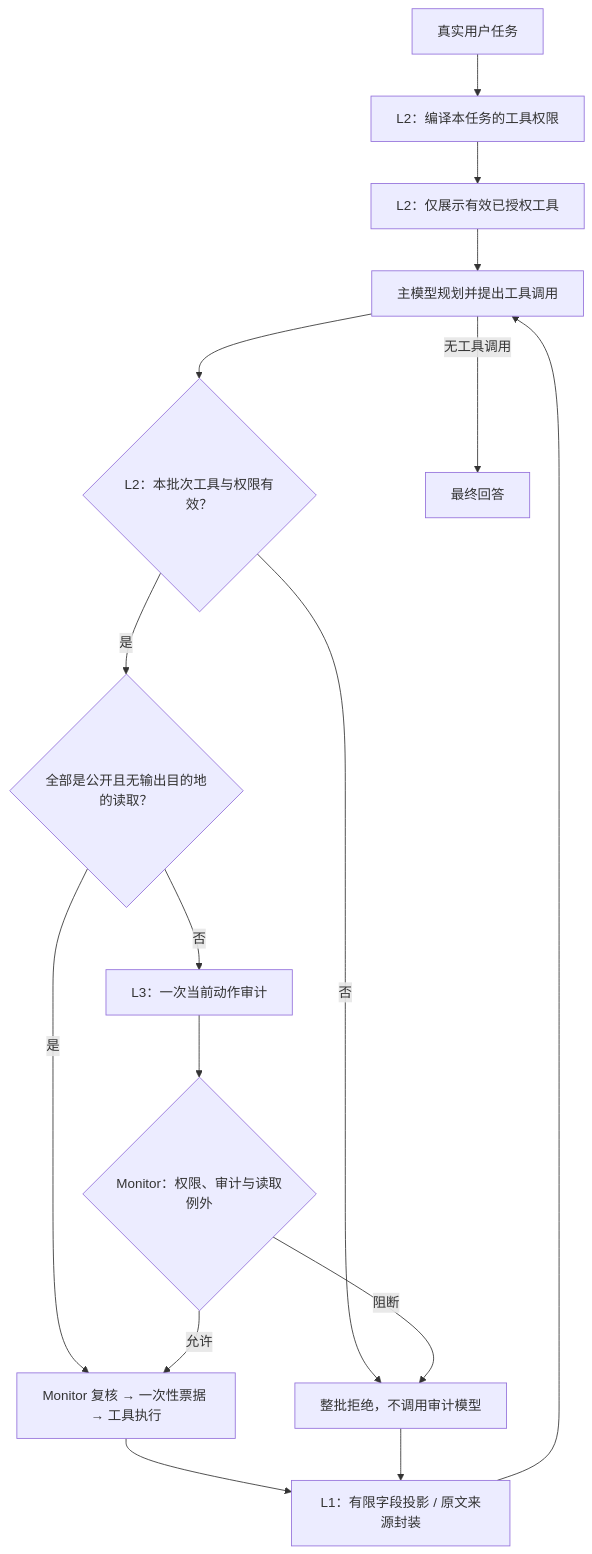
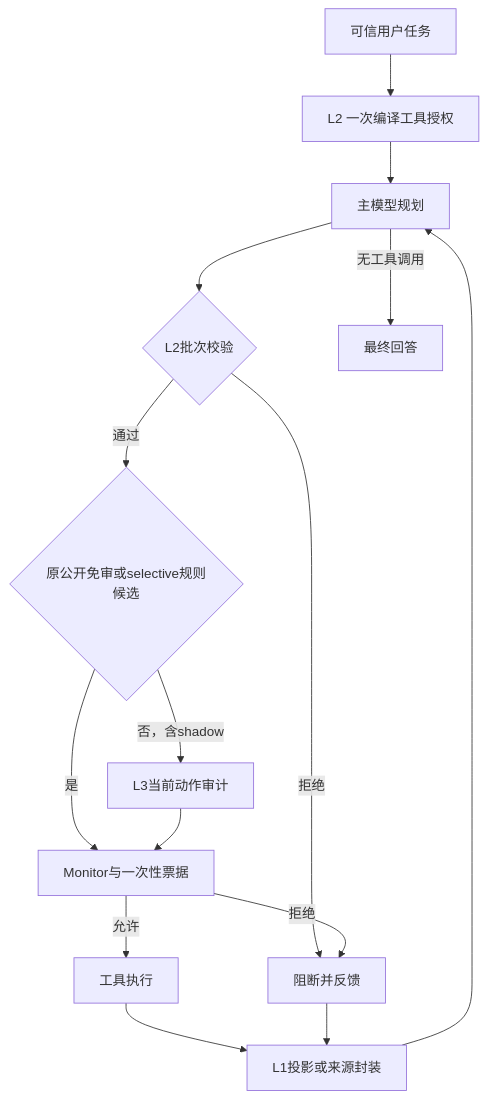
One commit to Walker-luo/DSCG changed the diagram in README.md. Above: the diagram before and after it, drawn with Mermaid. The commit also changed other lines of this file and 25 other files, not shown here.

````diff
--- a/README.md
+++ b/README.md
@@ -28,18 +34,17 @@
 ```mermaid
 flowchart TD
-    U[真实用户任务] --> C[L2：编译本任务的工具权限]
-    C --> T[L2：仅展示有效已授权工具]
-    T --> M[主模型规划并提出工具调用]
-    M --> P{L2：本批次工具与权限有效？}
-    P -->|否| D[整批拒绝，不调用审计模型]
-    P -->|是| R{全部是公开且无输出目的地的读取？}
-    R -->|是| E[Monitor 复核 → 一次性票据 → 工具执行]
-    R -->|否| A[L3：一次当前动作审计]
-    A --> V{Monitor：权限、审计与读取例外}
-    V -->|允许| E
-    V -->|阻断| D
-    E --> O[L1：有限字段投影 / 原文来源封装]
-    O --> M
-    D --> O
+    U[可信用户任务] --> C[L2 一次编译工具授权]
+    C --> M[主模型规划]
+    M --> P{L2批次校验}
+    P -->|拒绝| D[阻断并反馈]
+    P -->|通过| R{原公开免审或selective规则候选}
+    R -->|是| V[Monitor与一次性票据]
+    R -->|否，含shadow| A[L3当前动作审计]
+    A --> V
+    V -->|允许| E[工具执行]
+    V -->|拒绝| D
+    E --> L[L1投影或来源封装]
+    D --> L
+    L --> M
     M -->|无工具调用| F[最终回答]
 ```
````
